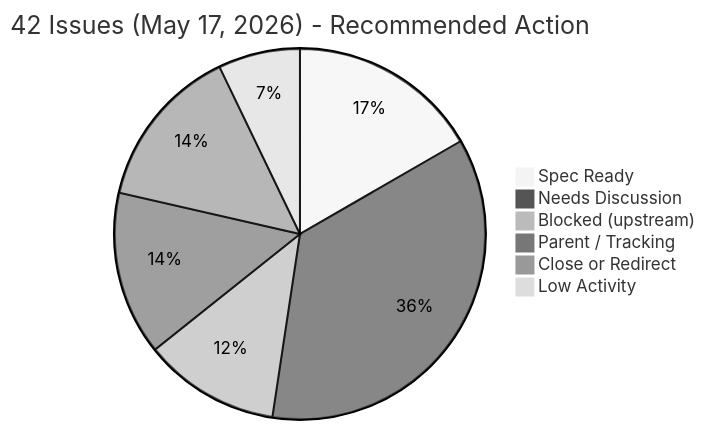
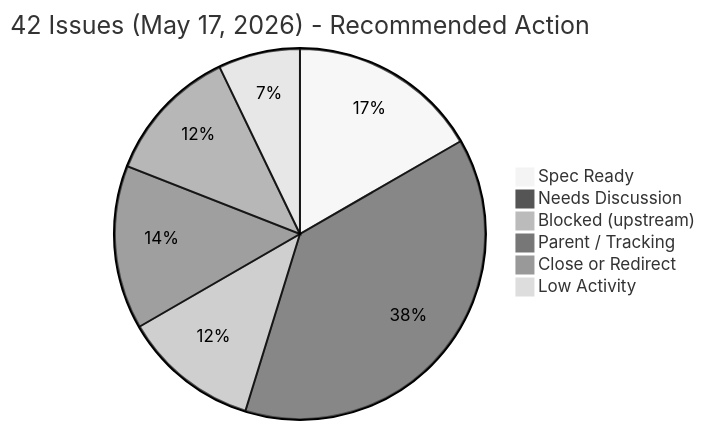
Before and after one commit to meshtastic/design: the first of 4 diagrams in standards/audits/community-alignment-matrix.md, drawn with Mermaid (neutral theme). The commit also changed other lines of this file, not shown here.

Commit message:
update matrix: reopen #16 — Android uses italic only, missing icon/label; move to Section 3

````diff
--- a/standards/audits/community-alignment-matrix.md
+++ b/standards/audits/community-alignment-matrix.md
@@ -28,9 +28,9 @@
 ```mermaid
 pie title 42 Issues (May 17, 2026) - Recommended Action
     "Spec Ready" : 7
-    "Needs Discussion" : 15
+    "Needs Discussion" : 16
     "Blocked (upstream)" : 5
     "Parent / Tracking" : 6
-    "Close or Redirect" : 6
+    "Close or Redirect" : 5
     "Low Activity" : 3
 ```
````
